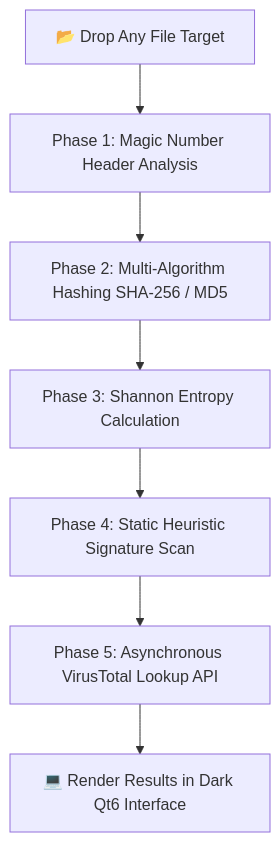
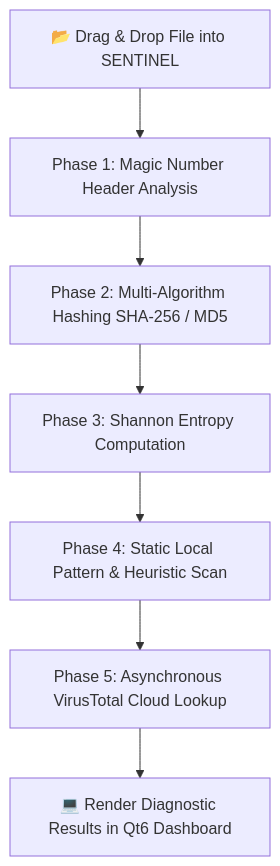
One commit to epicmajid/Sentinel changed the diagram in README.md. Above: the diagram before and after it, drawn with Mermaid. The commit also changed other lines of this file, not shown here.

````diff
--- a/README.md
+++ b/README.md
@@ -53,9 +72,9 @@
 ```mermaid
 flowchart TD
-    A[📂 Drop Any File Target] --> B[Phase 1: Magic Number Header Analysis]
+    A[📂 Drag & Drop File into SENTINEL] --> B[Phase 1: Magic Number Header Analysis]
     B --> C[Phase 2: Multi-Algorithm Hashing SHA-256 / MD5]
-    C --> D[Phase 3: Shannon Entropy Calculation]
-    D --> E[Phase 4: Static Heuristic Signature Scan]
-    E --> F[Phase 5: Asynchronous VirusTotal Lookup API]
-    F --> G[💻 Render Results in Dark Qt6 Interface]
+    C --> D[Phase 3: Shannon Entropy Computation]
+    D --> E[Phase 4: Static Local Pattern & Heuristic Scan]
+    E --> F[Phase 5: Asynchronous VirusTotal Cloud Lookup]
+    F --> G[💻 Render Diagnostic Results in Qt6 Dashboard]
 ```
````
